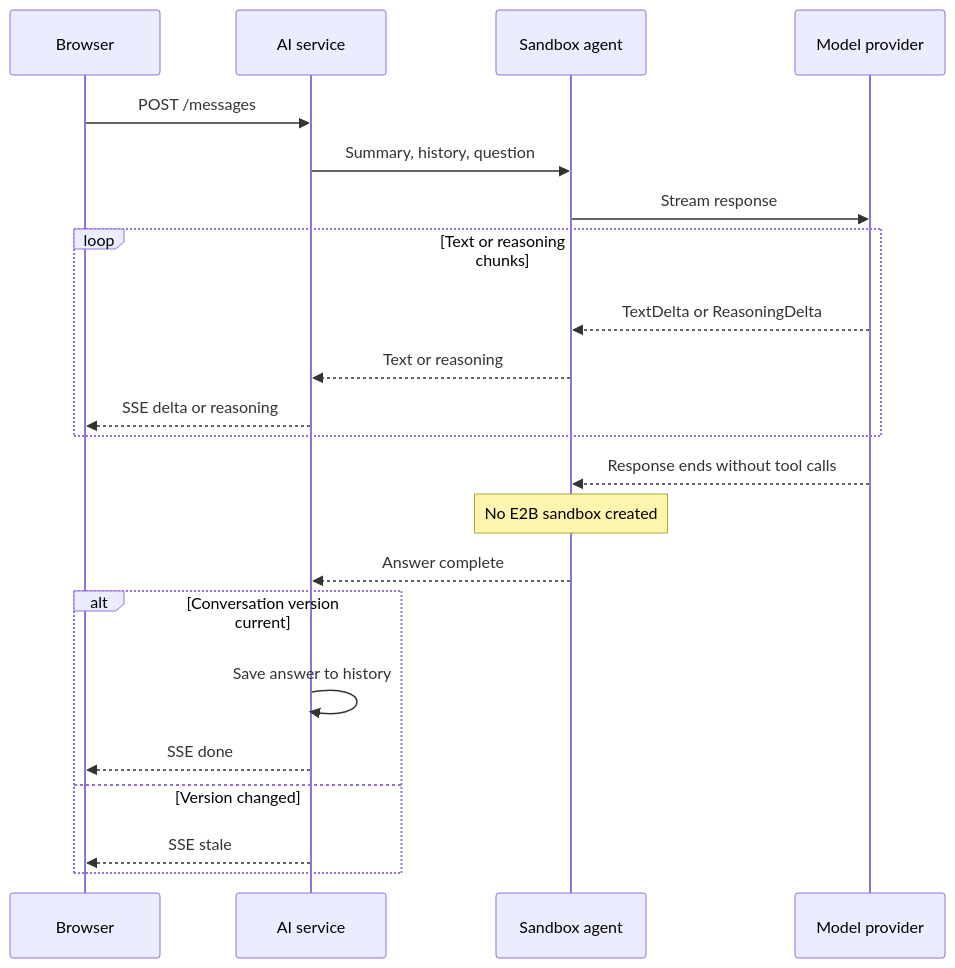
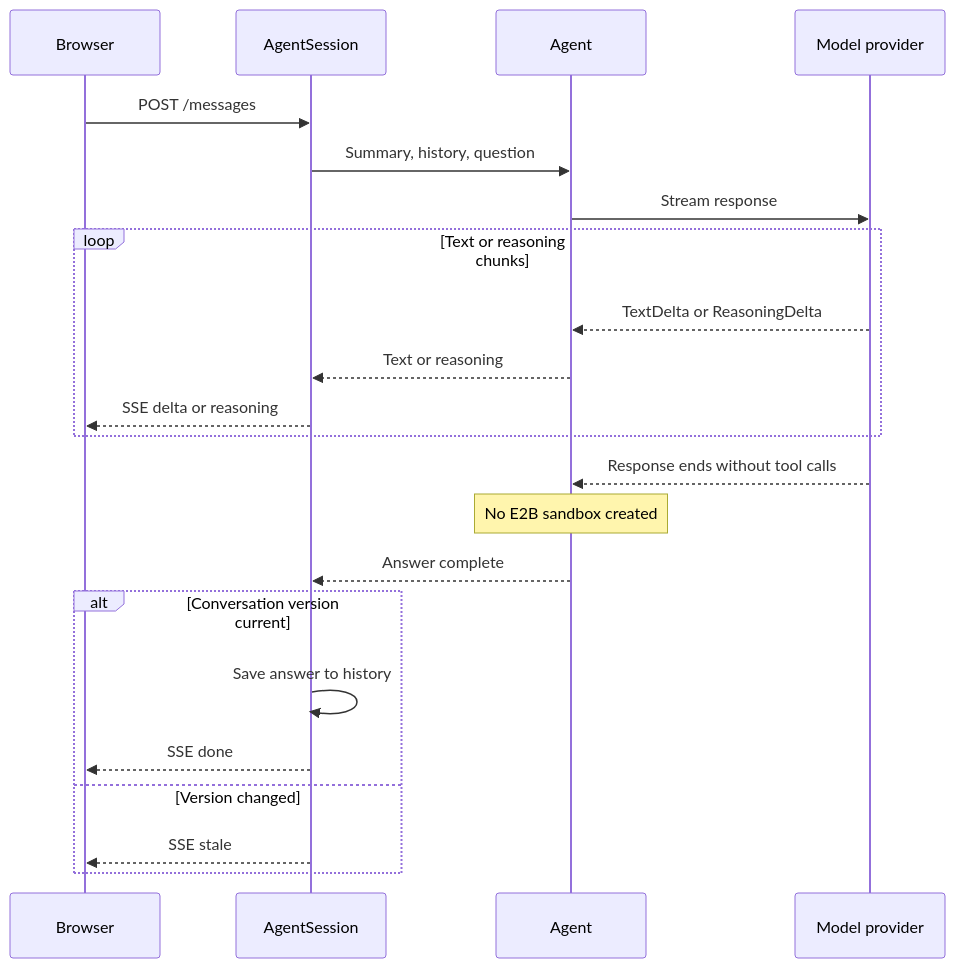
One commit to j3soon/nurse-scheduling changed the fourth of 7 diagrams in docs/content/developer-guide/ai-assistant.md. Above: the diagram before and after it, drawn with Mermaid. The commit also changed other lines of this file and 20 other files, not shown here.

First line of the commit message:
refactor(core/ai): organize execution around Agent and AgentSession

````diff
--- a/docs/content/developer-guide/ai-assistant.md
+++ b/docs/content/developer-guide/ai-assistant.md
@@ -174,25 +186,25 @@
 ```mermaid
 sequenceDiagram
     participant Browser
-    participant AI as AI service
-    participant Agent as Sandbox agent
+    participant AI as AgentSession
+    participant Agent as Agent
     participant Model as Model provider
 
     Browser->>AI: POST /messages
     AI->>Agent: Summary, history, question
     Agent->>Model: Stream response
     loop Text or reasoning chunks
         Model-->>Agent: TextDelta or ReasoningDelta
         Agent-->>AI: Text or reasoning
         AI-->>Browser: SSE delta or reasoning
     end
     Model-->>Agent: Response ends without tool calls
     Note over Agent: No E2B sandbox created
     Agent-->>AI: Answer complete
     alt Conversation version current
         AI->>AI: Save answer to history
         AI-->>Browser: SSE done
     else Version changed
         AI-->>Browser: SSE stale
     end
 ```
````
